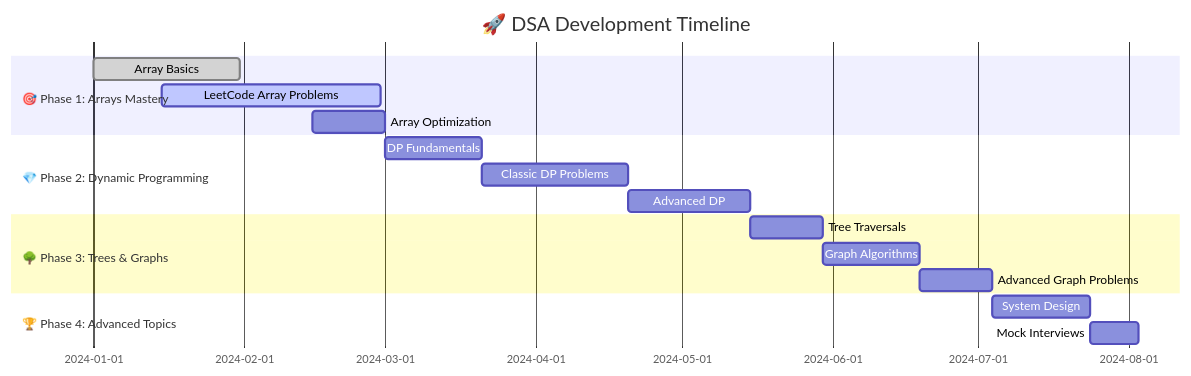
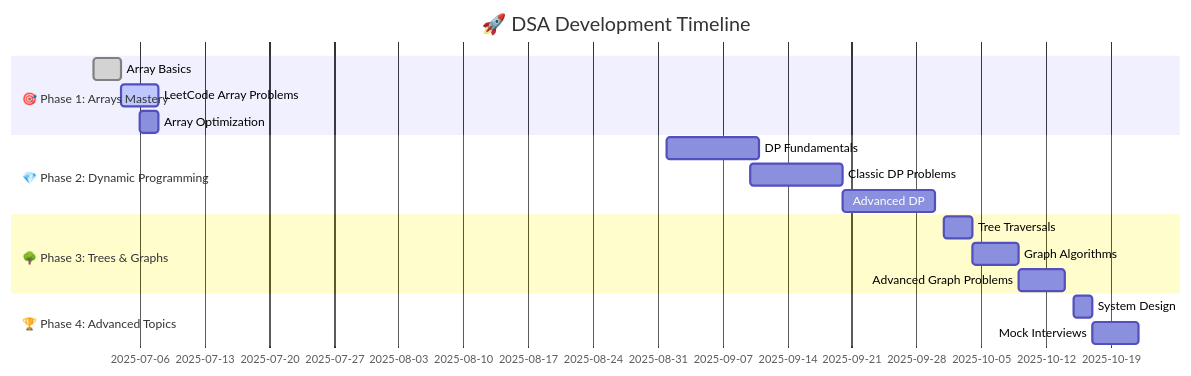
The second of 2 diagrams in README.md (yogeshwankhede007/dsa-dp-practice-java), drawn with Mermaid before and after one commit.

Commit message:
Update README.md
minor update

````diff
--- a/README.md
+++ b/README.md
@@ -144,24 +144,24 @@
 ```mermaid
 gantt
     title 🚀 DSA Development Timeline
     dateFormat YYYY-MM-DD
     
     section 🎯 Phase 1: Arrays Mastery
-    Array Basics              :done, arrays1, 2024-01-01, 30d
-    LeetCode Array Problems   :active, arrays2, 2024-01-15, 45d
-    Array Optimization        :arrays3, 2024-02-15, 15d
+    Array Basics              :done, arrays1, 2025-07-01, 3d
+    LeetCode Array Problems   :active, arrays2, 2025-07-04, 4d
+    Array Optimization        :arrays3, 2025-07-06, 2d
     
     section 💎 Phase 2: Dynamic Programming
-    DP Fundamentals          :dp1, 2024-03-01, 20d
-    Classic DP Problems      :dp2, 2024-03-21, 30d
-    Advanced DP              :dp3, 2024-04-20, 25d
+    DP Fundamentals          :dp1, 2025-09-01, 10d
+    Classic DP Problems      :dp2, 2025-09-10, 10d
+    Advanced DP              :dp3, 2025-09-20, 10d
     
     section 🌳 Phase 3: Trees & Graphs
-    Tree Traversals          :tree1, 2024-05-15, 15d
-    Graph Algorithms         :graph1, 2024-05-30, 20d
-    Advanced Graph Problems  :graph2, 2024-06-19, 15d
+    Tree Traversals          :tree1, 2025-10-01, 3d
+    Graph Algorithms         :graph1, 2025-10-04, 05d
+    Advanced Graph Problems  :graph2, 2025-10-09, 5d
     
     section 🏆 Phase 4: Advanced Topics
-    System Design           :advanced1, 2024-07-04, 20d
-    Mock Interviews         :advanced2, 2024-07-24, 10d
+    System Design           :advanced1, 2025-10-15, 2d
+    Mock Interviews         :advanced2, 2025-10-17, 5d
 ```
````
